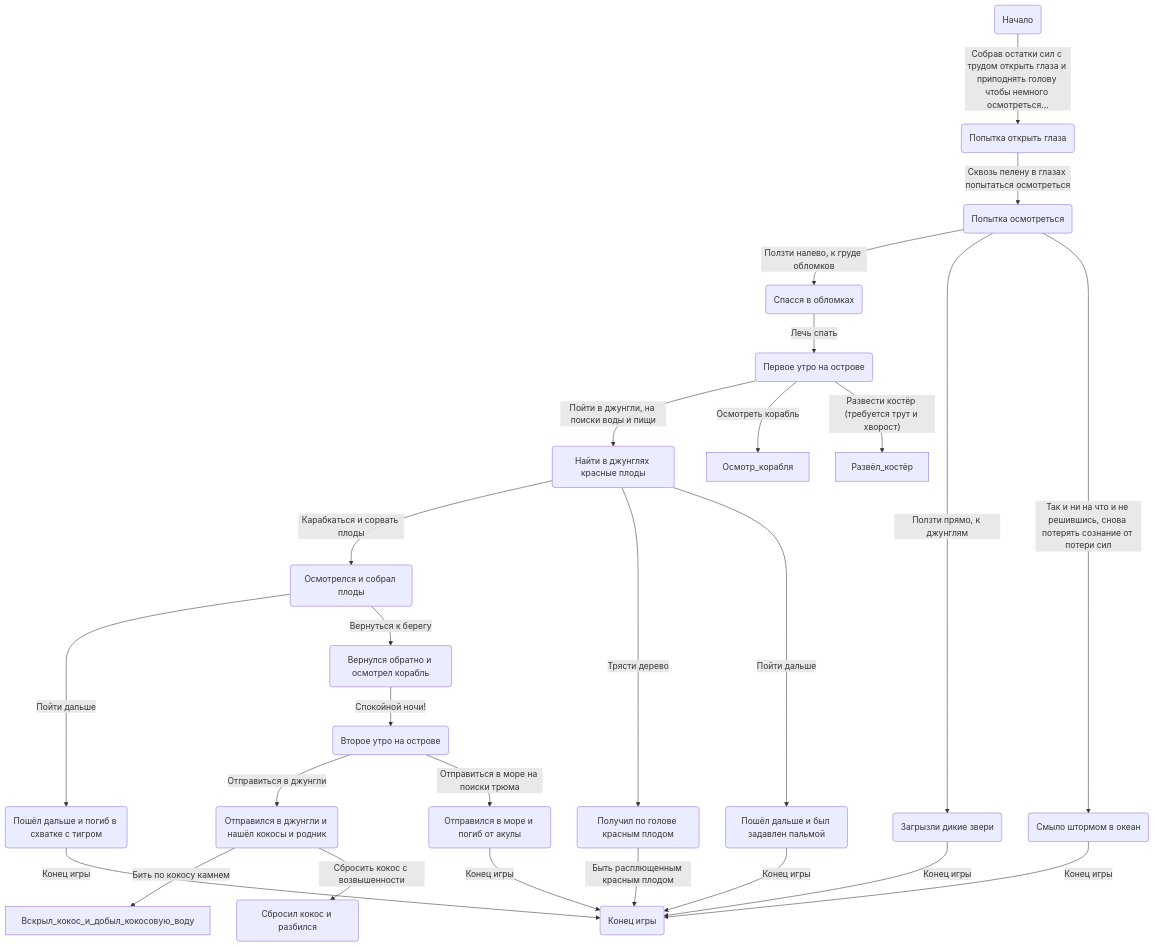
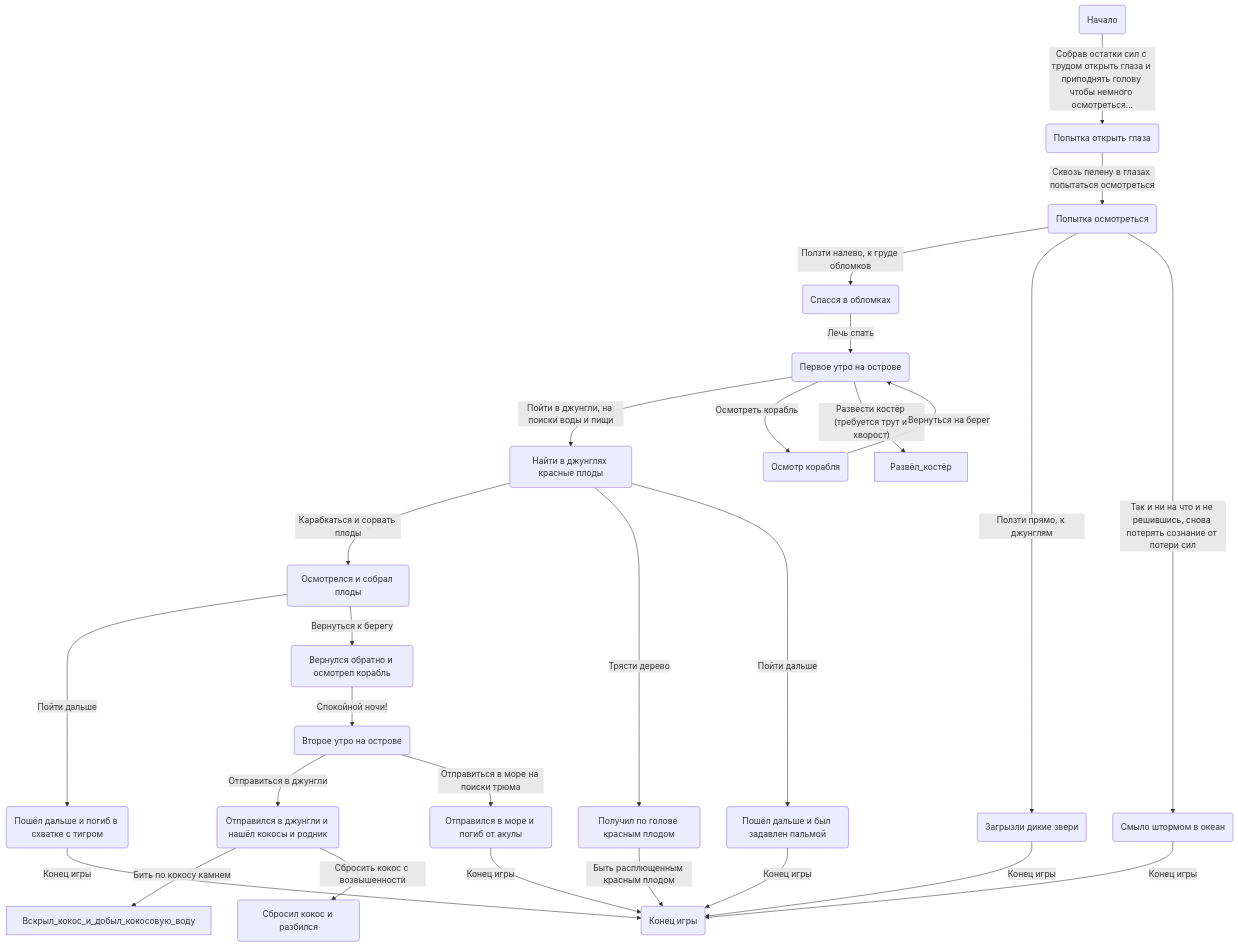
Before and after one commit to usachborodach/RobinZone: the diagram in diagram.mmd, drawn with Mermaid. The commit also changed 20 other files, not shown here.

```diff
--- a/diagram.mmd
+++ b/diagram.mmd
@@ -1,44 +1,46 @@
 flowchart TD
 Пошёл_дальше_и_был_задавлен_пальмой("Пошёл дальше и был задавлен пальмой")
 Пошёл_дальше_и_был_задавлен_пальмой -- Конец игры --> Конец_игры
 Пошёл_дальше_и_погиб_в_схватке_с_тигром("Пошёл дальше и погиб в схватке с тигром")
 Пошёл_дальше_и_погиб_в_схватке_с_тигром -- Конец игры --> Конец_игры
 Первое_утро_на_острове("Первое утро на острове")
 Первое_утро_на_острове -- Пойти в джунгли, на поиски воды и пищи --> Найти_в_джунглях_красные_плоды
 Первое_утро_на_острове -- Осмотреть корабль --> Осмотр_корабля
 Первое_утро_на_острове -- Развести костёр (требуется трут и хворост) --> Развёл_костёр
 Попытка_осмотреться("Попытка осмотреться")
 Попытка_осмотреться -- Ползти налево, к груде обломков --> Спасся_в_обломках
 Попытка_осмотреться -- Ползти прямо, к джунглям --> Загрызли_дикие_звери
 Попытка_осмотреться -- Так и ни на что и не решившись, снова потерять сознание от потери сил --> Смыло_штормом_в_океан
 Отправился_в_море_и_погиб_от_акулы("Отправился в море и погиб от акулы")
 Отправился_в_море_и_погиб_от_акулы -- Конец игры --> Конец_игры
 Осмотрелся_и_собрал_плоды("Осмотрелся и собрал плоды")
 Осмотрелся_и_собрал_плоды -- Пойти дальше --> Пошёл_дальше_и_погиб_в_схватке_с_тигром
 Осмотрелся_и_собрал_плоды -- Вернуться к берегу --> Вернулся_обратно_и_осмотрел_корабль
 Второе_утро_на_острове("Второе утро на острове")
 Второе_утро_на_острове -- Отправиться в джунгли --> Отправился_в_джунгли_и_нашёл_кокосы_и_родник
 Второе_утро_на_острове -- Отправиться в море на поиски трюма --> Отправился_в_море_и_погиб_от_акулы
 Попытка_открыть_глаза("Попытка открыть глаза")
 Попытка_открыть_глаза -- Сквозь пелену в глазах попытаться осмотреться --> Попытка_осмотреться
 Смыло_штормом_в_океан("Смыло штормом в океан")
 Смыло_штормом_в_океан -- Конец игры --> Конец_игры
+Осмотр_корабля("Осмотр корабля")
+Осмотр_корабля -- Вернуться на берег --> Первое_утро_на_острове
 Найти_в_джунглях_красные_плоды("Найти в джунглях красные плоды")
 Найти_в_джунглях_красные_плоды -- Карабкаться и сорвать плоды --> Осмотрелся_и_собрал_плоды
 Найти_в_джунглях_красные_плоды -- Трясти дерево --> Получил_по_голове_красным_плодом
 Найти_в_джунглях_красные_плоды -- Пойти дальше --> Пошёл_дальше_и_был_задавлен_пальмой
 Вернулся_обратно_и_осмотрел_корабль("Вернулся обратно и осмотрел корабль")
 Вернулся_обратно_и_осмотрел_корабль -- Спокойной ночи! --> Второе_утро_на_острове
 Сбросил_кокос_и_разбился("Сбросил кокос и разбился")
 Конец_игры("Конец игры")
 Загрызли_дикие_звери("Загрызли дикие звери")
 Загрызли_дикие_звери -- Конец игры --> Конец_игры
 Спасся_в_обломках("Спасся в обломках")
 Спасся_в_обломках -- Лечь спать --> Первое_утро_на_острове
 Начало("Начало")
 Начало -- Собрав остатки сил с трудом открыть глаза и приподнять голову чтобы немного осмотреться... --> Попытка_открыть_глаза
 Получил_по_голове_красным_плодом("Получил по голове красным плодом")
 Получил_по_голове_красным_плодом -- Быть расплющенным красным плодом --> Конец_игры
 Отправился_в_джунгли_и_нашёл_кокосы_и_родник("Отправился в джунгли и нашёл кокосы и родник")
 Отправился_в_джунгли_и_нашёл_кокосы_и_родник -- Бить по кокосу камнем --> Вскрыл_кокос_и_добыл_кокосовую_воду
 Отправился_в_джунгли_и_нашёл_кокосы_и_родник -- Сбросить кокос с возвышенности --> Сбросил_кокос_и_разбился
```
